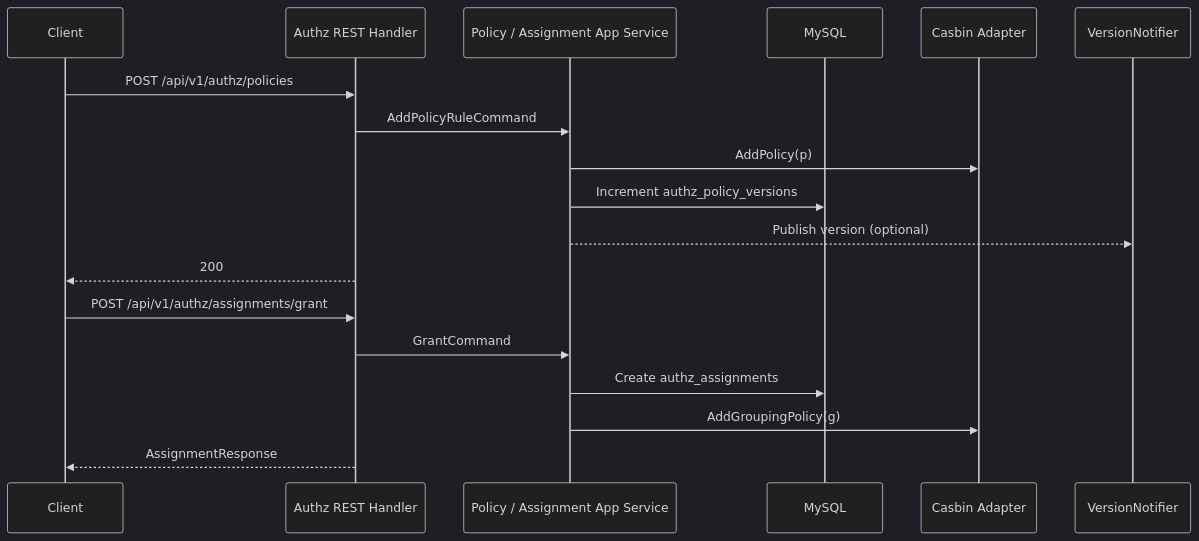
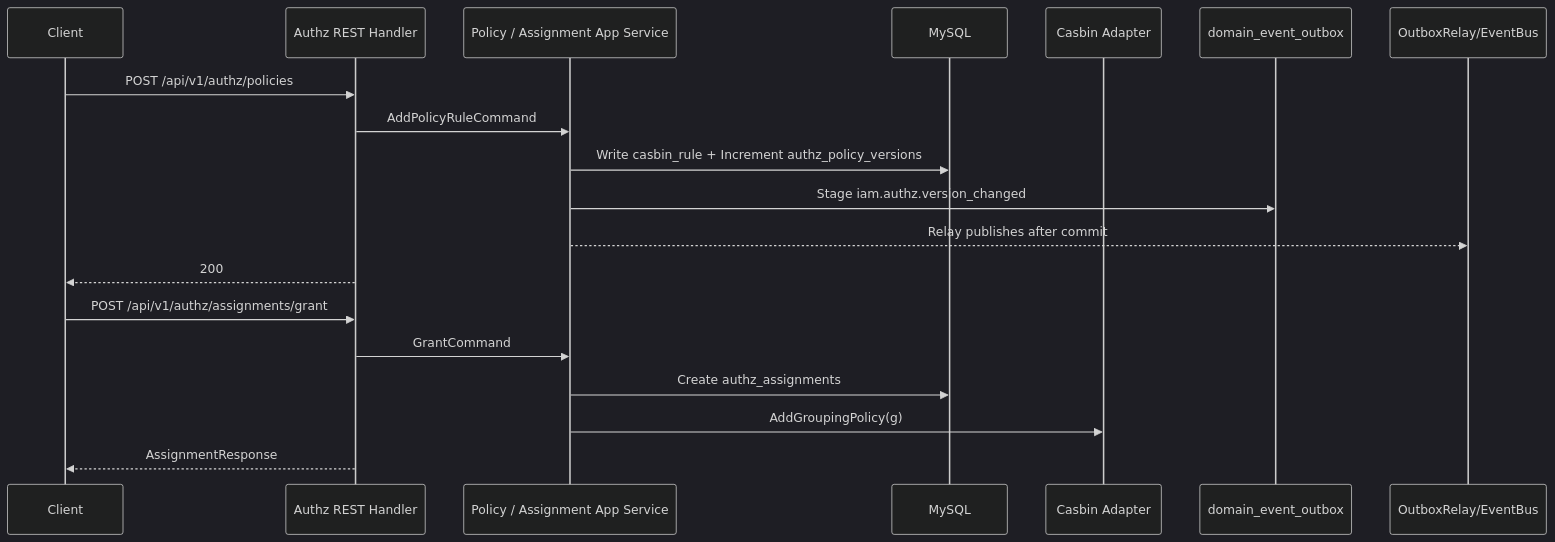
One commit to FangcunMount/iam changed the second of 3 diagrams in docs/05-专题分析/03-授权判定链路--角色&策略&资源&Assignment&Casbin.md. Above: the diagram before and after it, drawn with Mermaid (dark theme). The commit also changed other lines of this file and 75 other files, not shown here.

Commit message:
feat  UoW + Transactional Outbox 事务方案实现： - UoW 升级为 context transaction； - Repository 改为 tx-aware WithContext(ctx)，事务内调用可从 ctx 读取 active tx； - 新增 domain_event_outbox migration/schema、MySQL outbox store，Stage 必须在 active tx 内调用； - 新增同进程 outbox relay；EventBus 不可用时不 claim，失败时 mark failed 并重试

````diff
--- a/docs/05-专题分析/03-授权判定链路--角色&策略&资源&Assignment&Casbin.md
+++ b/docs/05-专题分析/03-授权判定链路--角色&策略&资源&Assignment&Casbin.md
@@ -133,22 +133,23 @@
 ```mermaid
 sequenceDiagram
     participant Client as Client
     participant REST as Authz REST Handler
     participant App as Policy / Assignment App Service
     participant MySQL as MySQL
     participant Casbin as Casbin Adapter
-    participant MQ as VersionNotifier
+    participant OB as domain_event_outbox
+    participant MQ as OutboxRelay/EventBus
 
     Client->>REST: POST /api/v1/authz/policies
     REST->>App: AddPolicyRuleCommand
-    App->>Casbin: AddPolicy(p)
-    App->>MySQL: Increment authz_policy_versions
-    App-->>MQ: Publish version (optional)
+    App->>MySQL: Write casbin_rule + Increment authz_policy_versions
+    App->>OB: Stage iam.authz.version_changed
+    App-->>MQ: Relay publishes after commit
     REST-->>Client: 200
 
     Client->>REST: POST /api/v1/authz/assignments/grant
     REST->>App: GrantCommand
     App->>MySQL: Create authz_assignments
     App->>Casbin: AddGroupingPolicy(g)
     REST-->>Client: AssignmentResponse
 ```
````
